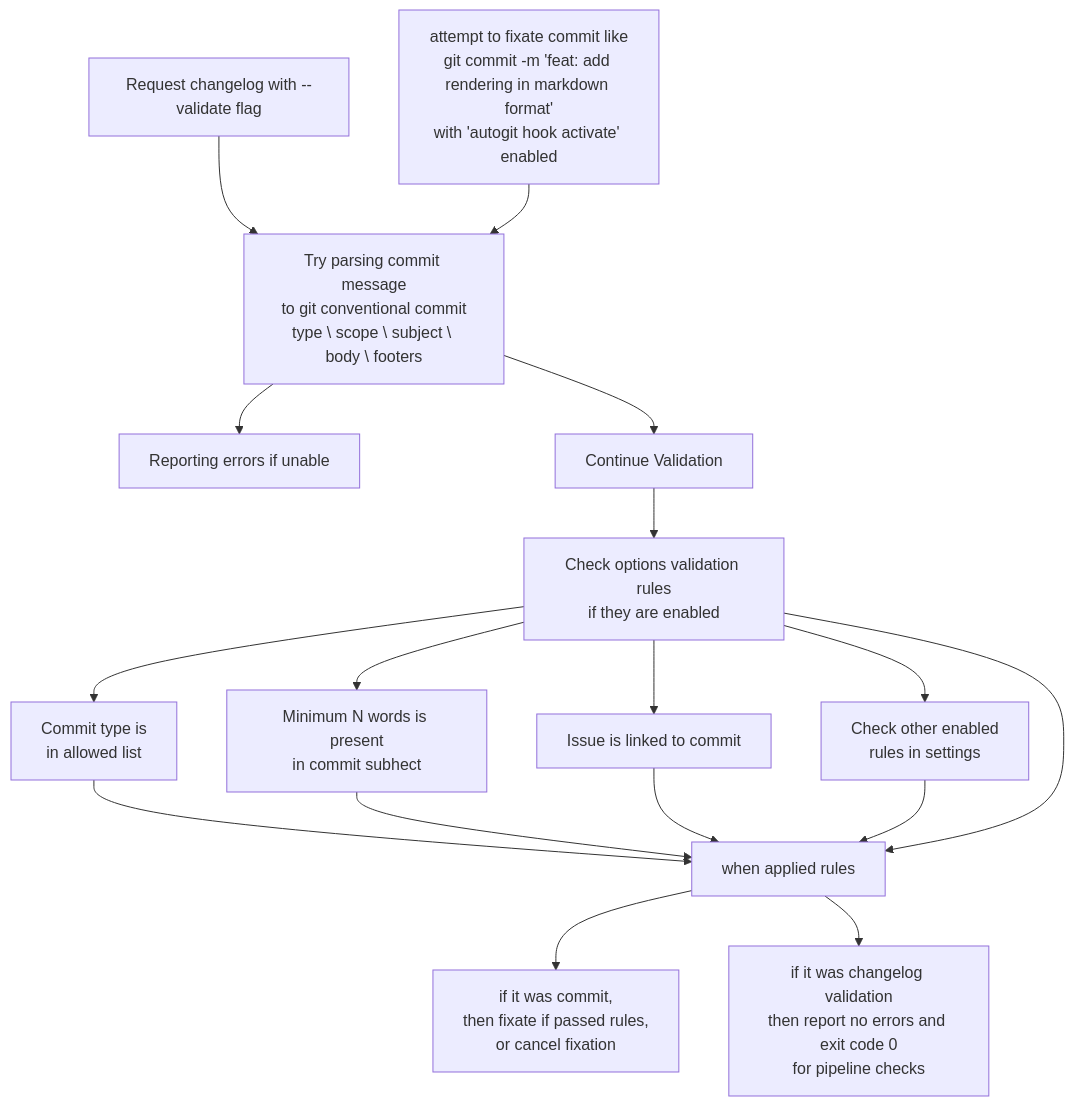
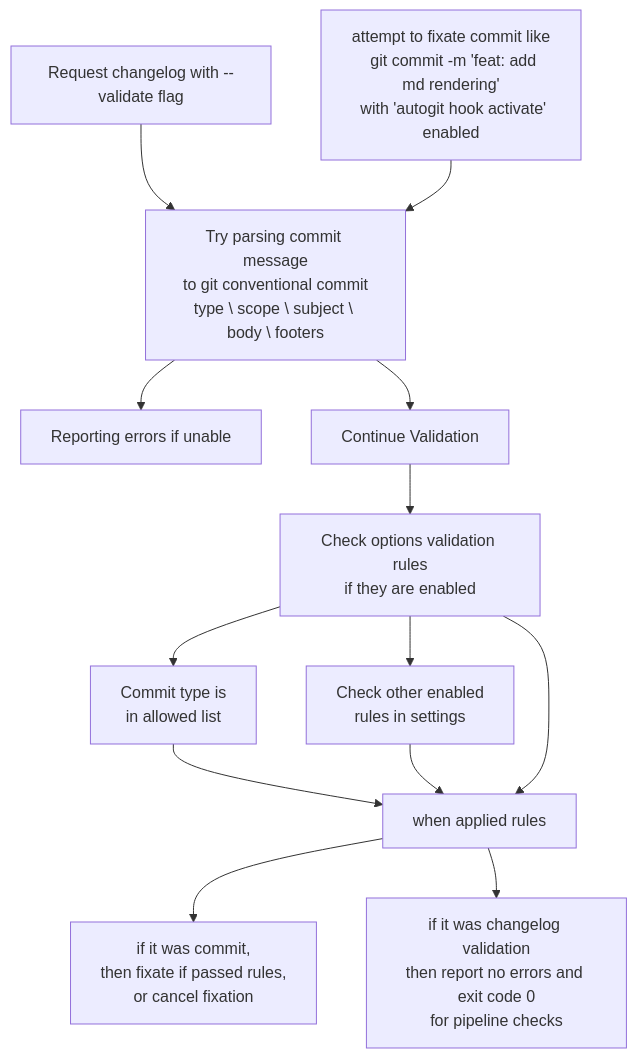
One commit to darklab8/autogit changed the first of 4 diagrams in README.md. Above: the diagram before and after it, drawn with Mermaid.

Commit message:
docs: readme algorithm improved

````diff
--- a/README.md
+++ b/README.md
@@ -98,20 +98,18 @@
 ```mermaid
 flowchart TD
-  GitCommit[attempt to fixate commit like\ngit commit -m 'feat: add rendering in markdown format'\nwith 'autogit hook activate' enabled]
+  GitCommit[attempt to fixate commit like
+  git commit -m 'feat: add md rendering'
+  with 'autogit hook activate' enabled]
   RequestValidatingChangelog[Request changelog with --validate flag] --> TryParsingCommitMessage
   GitCommit --> TryParsingCommitMessage[Try parsing commit message\nto git conventional commit\ntype \ scope \ subject \ body \ footers]
   TryParsingCommitMessage --> ReportFail[Reporting errors if unable]
   TryParsingCommitMessage --> ContinuingValidation[Continue Validation]
   ContinuingValidation --> CheckOptionalValidationRulesIfEnabled[Check options validation rules\nif they are enabled]
   CheckOptionalValidationRulesIfEnabled --> CommitTypeInAllowedList[Commit type is\nin allowed list]
   CommitTypeInAllowedList --> WhenAppliedRules
-  CheckOptionalValidationRulesIfEnabled --> MinimumNWords[Minimum N words is present\nin commit subhect]
-  MinimumNWords --> WhenAppliedRules
-  CheckOptionalValidationRulesIfEnabled --> IssueIsLinked[Issue is linked to commit]
-  IssueIsLinked --> WhenAppliedRules
   CheckOptionalValidationRulesIfEnabled --> CheckOtherEnabledRulesInSettings[Check other enabled\nrules in settings]
   CheckOtherEnabledRulesInSettings --> WhenAppliedRules
   CheckOptionalValidationRulesIfEnabled --> WhenAppliedRules[when applied rules]
   WhenAppliedRules --> IfCommit[if it was commit,\nthen fixate if passed rules,\nor cancel fixation]
   WhenAppliedRules --> IfChangelog[if it was changelog validation\nthen report no errors and exit code 0\nfor pipeline checks]
 ```
````
